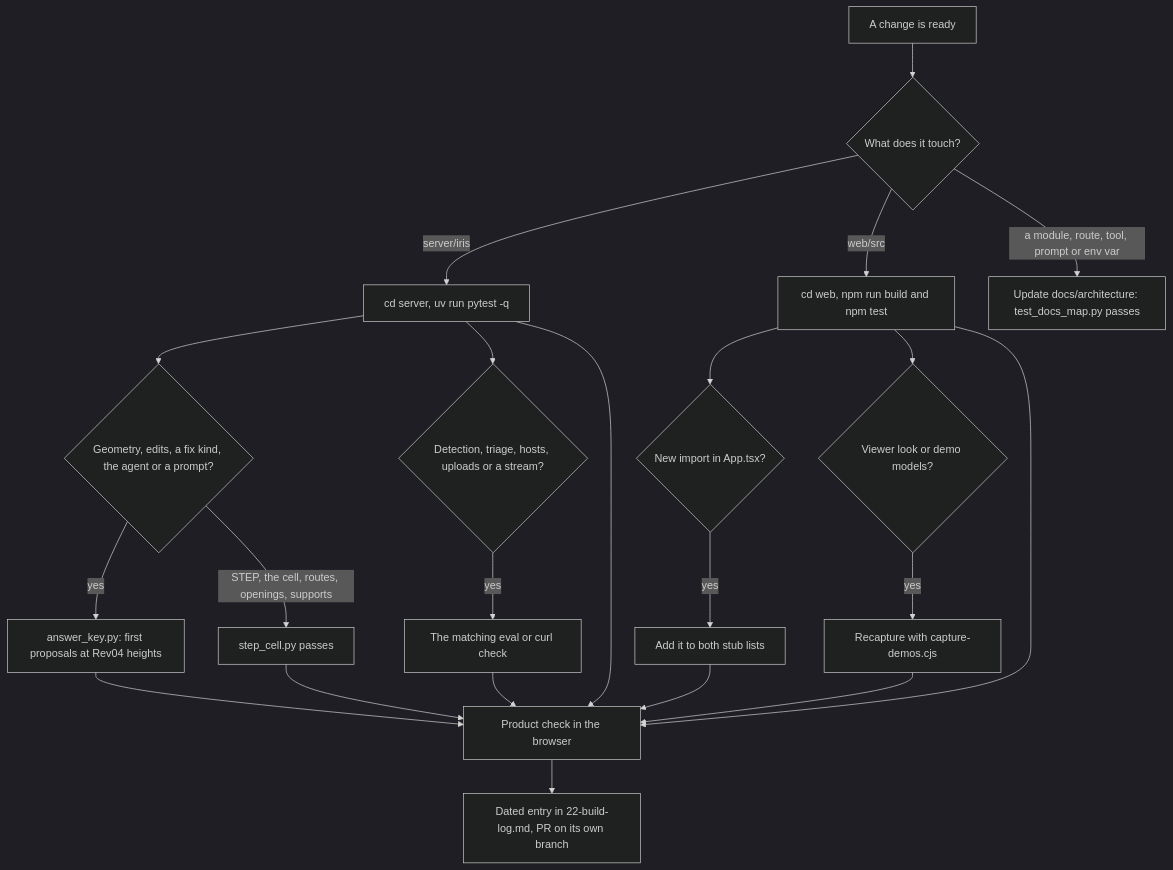
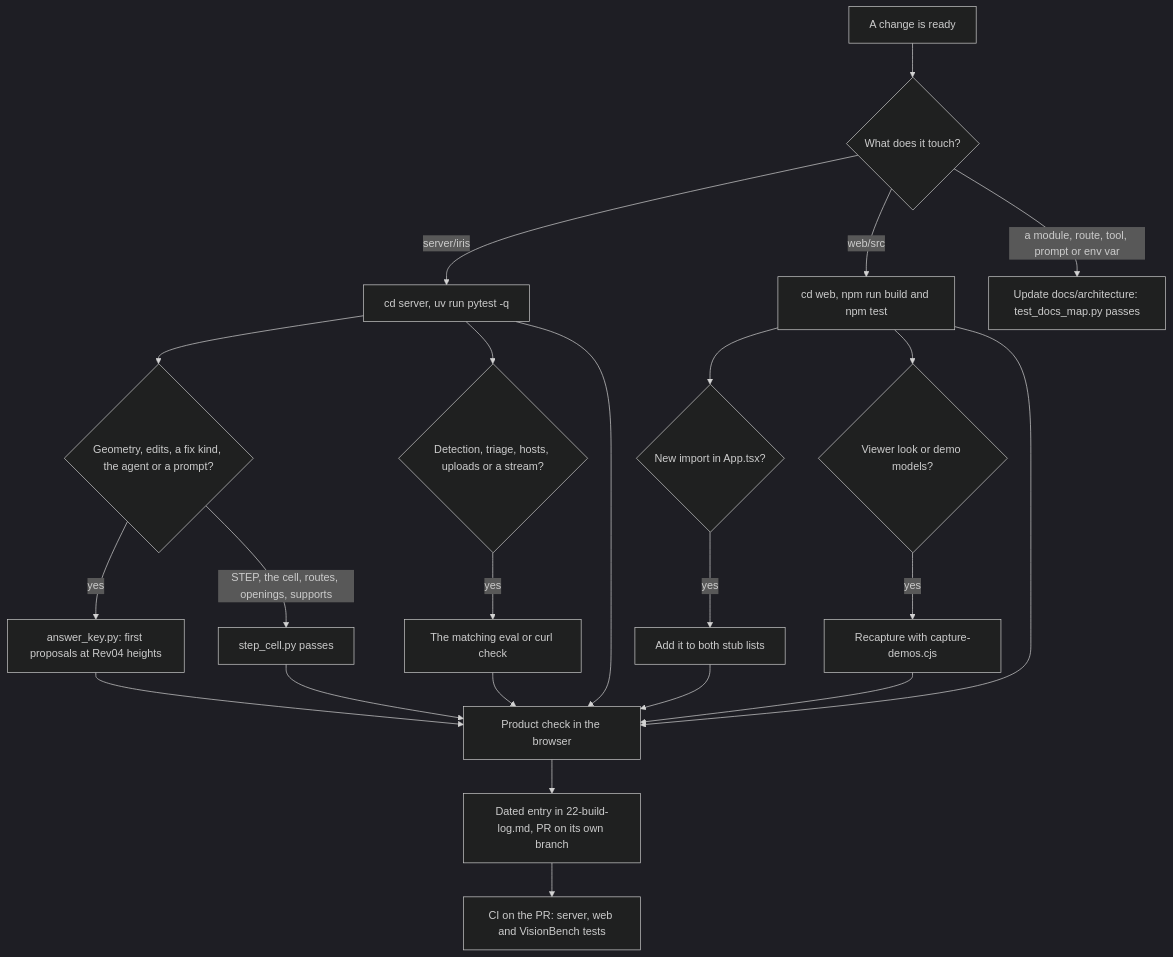
Before and after one commit to Saravana-Rajan/IRIS: the second of 2 diagrams in docs/architecture/18-testing-and-evals.md, drawn with Mermaid (dark theme). The commit also changed other lines of this file and 36 other files, not shown here.

````diff
--- a/docs/architecture/18-testing-and-evals.md
+++ b/docs/architecture/18-testing-and-evals.md
@@ -422,24 +455,25 @@
 ```mermaid
 flowchart TD
     change["A change is ready"] --> what{"What does it touch?"}
     what -->|"server/iris"| py["cd server, uv run pytest -q"]
     what -->|"web/src"| web["cd web, npm run build and npm test"]
     what -->|"a module, route, tool, prompt or env var"| docs["Update docs/architecture: test_docs_map.py passes"]
     web --> imp{"New import in App.tsx?"}
     imp -->|"yes"| stubs["Add it to both stub lists"]
     web --> look{"Viewer look or demo models?"}
     look -->|"yes"| shots["Recapture with capture-demos.cjs"]
     py --> fixes{"Geometry, edits, a fix kind, the agent or a prompt?"}
     fixes -->|"yes"| key["answer_key.py: first proposals at Rev04 heights"]
     fixes -->|"STEP, the cell, routes, openings, supports"| cell["step_cell.py passes"]
     py --> other{"Detection, triage, hosts, uploads or a stream?"}
     other -->|"yes"| evals["The matching eval or curl check"]
     key --> run["Product check in the browser"]
     cell --> run
     evals --> run
     stubs --> run
     shots --> run
     py --> run
     web --> run
     run --> log["Dated entry in 22-build-log.md, PR on its own branch"]
+    log --> ci["CI on the PR: server, web and VisionBench tests"]
 ```
````
